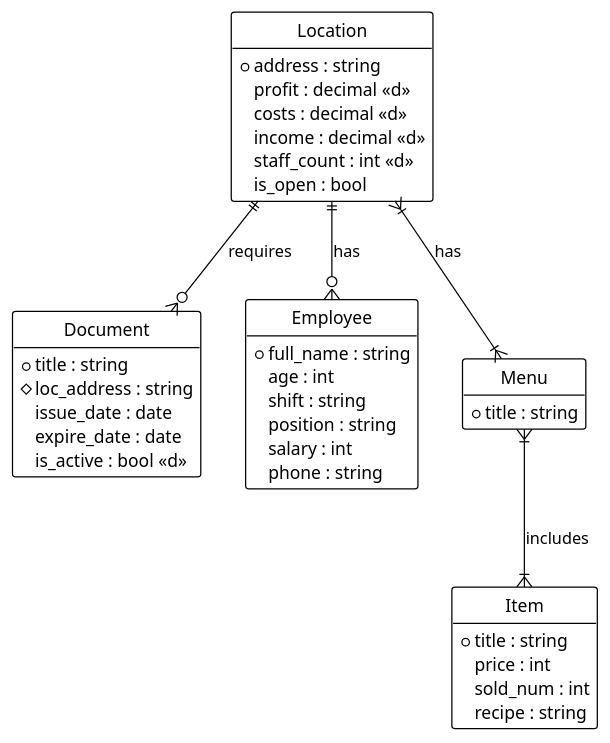
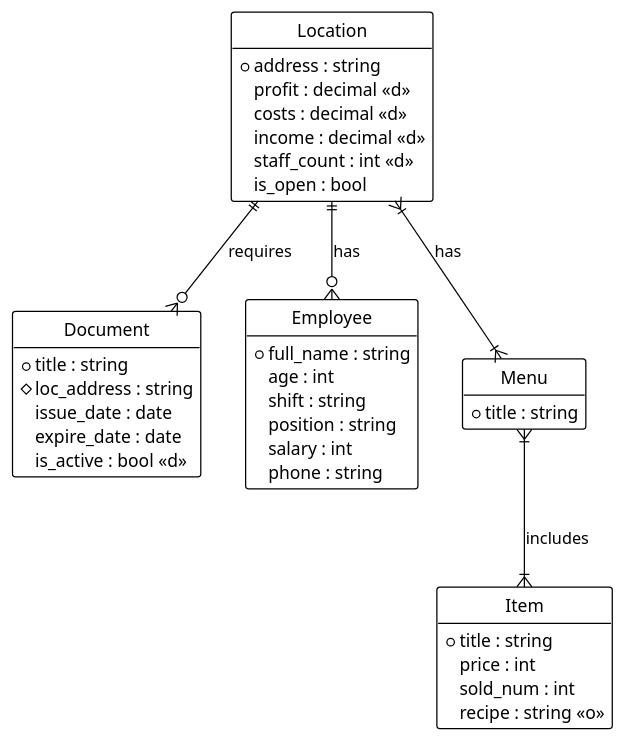
Before and after one commit to MihajloVat/KPI_labs_3_sem: the diagram in lab1/diagrams/crows_foot/er_crowsfoot.puml, drawn with PlantUML. The commit also changed 3 other files, not shown here.

```diff
--- a/lab1/diagrams/crows_foot/er_crowsfoot.puml
+++ b/lab1/diagrams/crows_foot/er_crowsfoot.puml
@@ -1,48 +1,48 @@
 @startuml
 !theme plain
 hide circle
 hide methods
 
 entity "Location" as loc {
 *address : string
 profit : decimal <<d>>
 costs : decimal <<d>>
 income : decimal <<d>>
 staff_count : int <<d>>
 is_open : bool
 }
 
 entity "Document" as doc {
 *title : string
 #loc_address : string
 issue_date : date
 expire_date : date
 is_active : bool <<d>>
 }
 
 entity "Employee" as emp {
 *full_name : string
 age : int
 shift : string
 position : string
 salary : int
 phone : string
 }
 
 entity "Menu" as menu {
 *title : string
 }
 
 entity "Item" as item {
 *title : string
 price : int
 sold_num : int
-recipe : string
+recipe : string <<o>>
 }
 
 loc ||--o{ doc : "requires"
 loc }|--|{ menu : "has"
 loc ||--o{ emp : "has"
 menu }|--|{ item : "includes"
 
 @enduml
```
